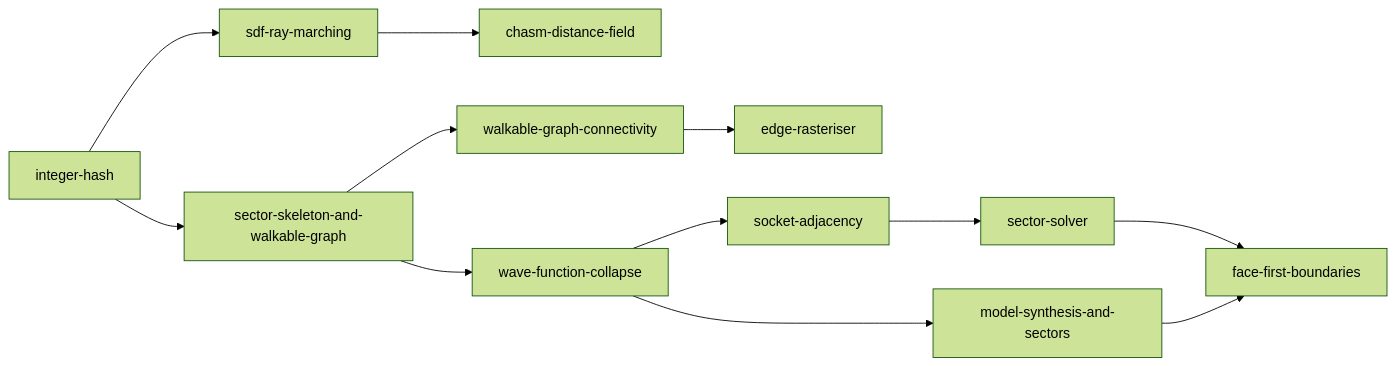
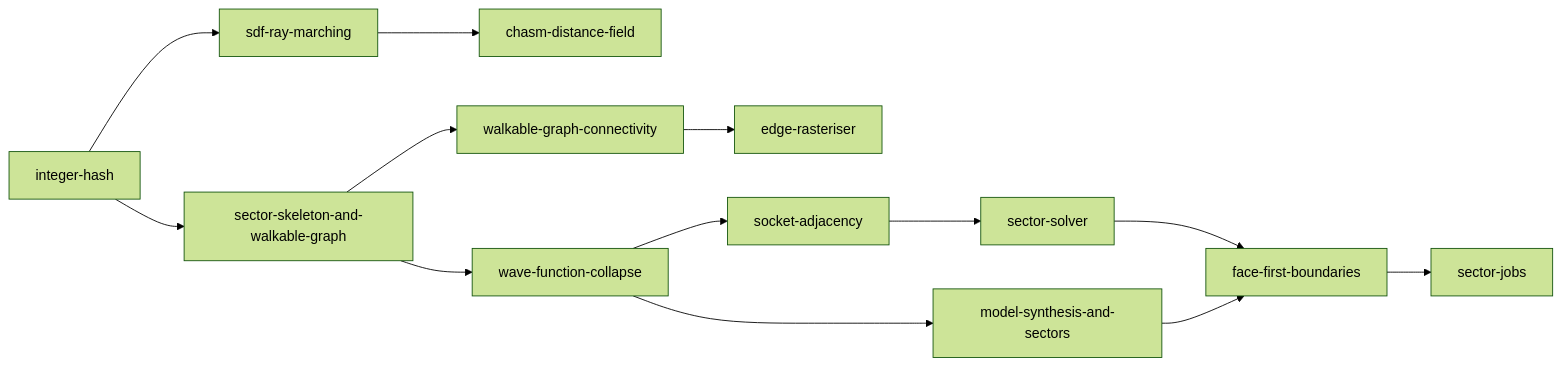
The diagram in docs/algorithms/README.md (seletz/megastructure), drawn with Mermaid (forest theme) before and after one commit. The commit also changed other lines of this file and 7 other files, not shown here.

Commit message:
docs(solver): describe the threaded sector jobs, their thread-safety rules and the jobs-check task

````diff
--- a/docs/algorithms/README.md
+++ b/docs/algorithms/README.md
@@ -21,14 +21,15 @@
 ```mermaid
 flowchart LR
     H[integer-hash] --> R[sdf-ray-marching]
     R --> C[chasm-distance-field]
     H --> K[sector-skeleton-and-walkable-graph]
     K --> G[walkable-graph-connectivity]
     G --> E[edge-rasteriser]
     K --> W[wave-function-collapse]
     W --> S[socket-adjacency]
     S --> V[sector-solver]
     W --> M[model-synthesis-and-sectors]
     V --> F[face-first-boundaries]
     M --> F
+    F --> J[sector-jobs]
 ```
````
